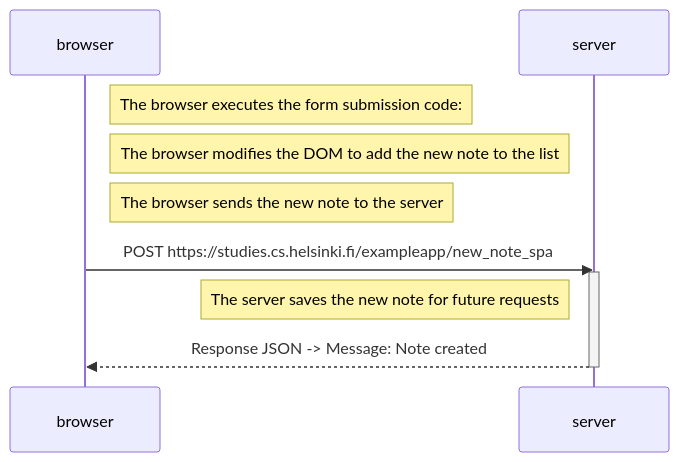
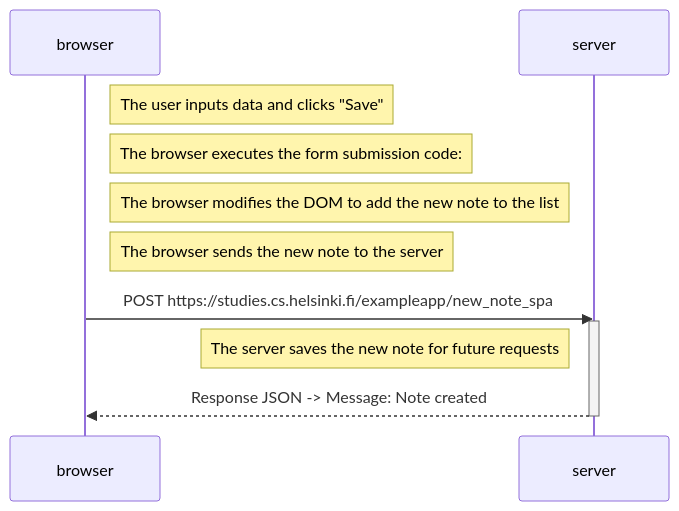
The diagram in part0/0.6_spaNewNoteDiagram/spaNewNote.md (JavIregui/FullStackOpen), drawn with Mermaid before and after one commit.

````diff
--- a/part0/0.6_spaNewNoteDiagram/spaNewNote.md
+++ b/part0/0.6_spaNewNoteDiagram/spaNewNote.md
@@ -1,14 +1,15 @@
 ```mermaid
     sequenceDiagram
         participant browser
         participant server
 
+        Note right of browser: The user inputs data and clicks "Save"
         Note right of browser: The browser executes the form submission code:
         Note right of browser: The browser modifies the DOM to add the new note to the list
         Note right of browser: The browser sends the new note to the server
         browser->>server: POST https://studies.cs.helsinki.fi/exampleapp/new_note_spa
         activate server
         Note left of server: The server saves the new note for future requests
         server-->>browser: Response JSON -> Message: Note created
         deactivate server
 ```
````
